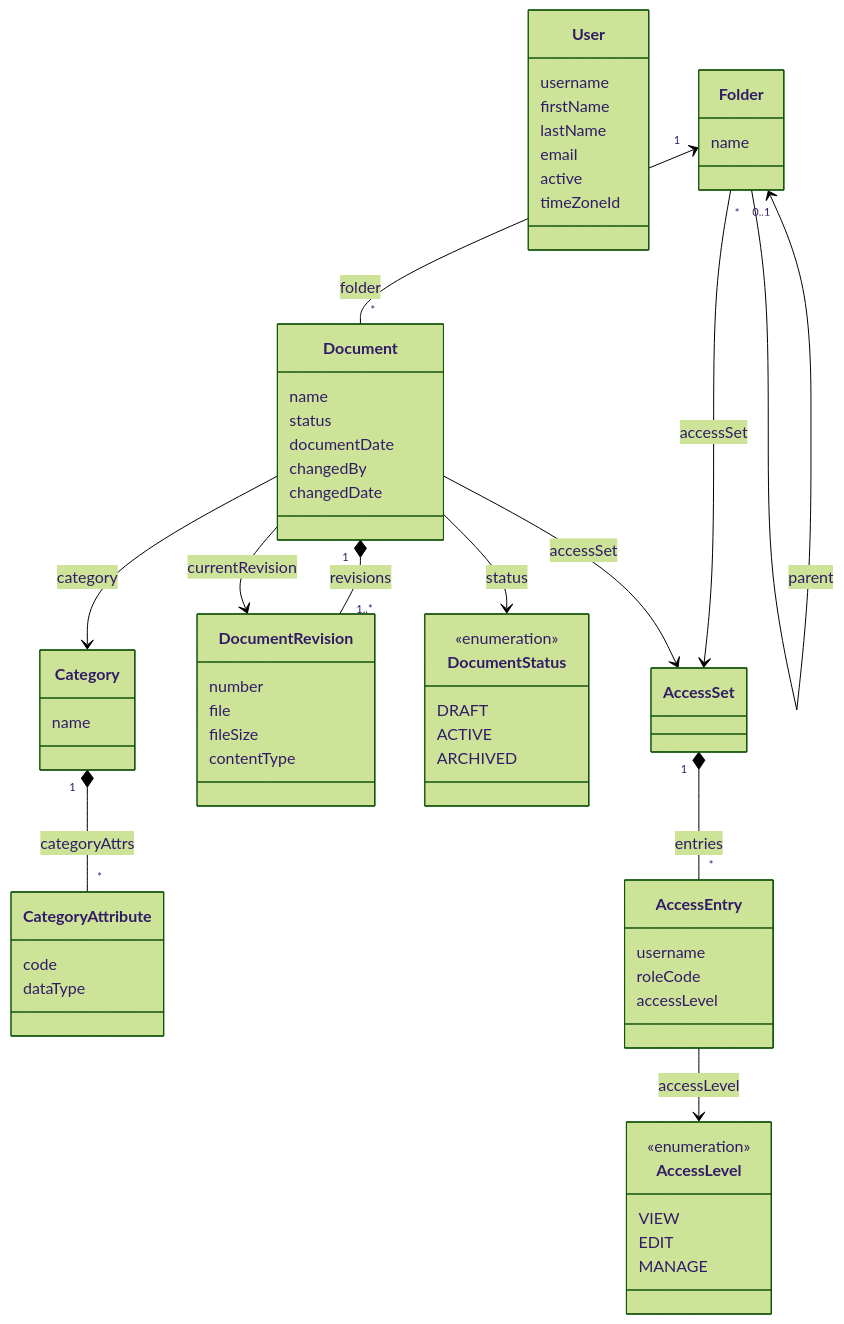
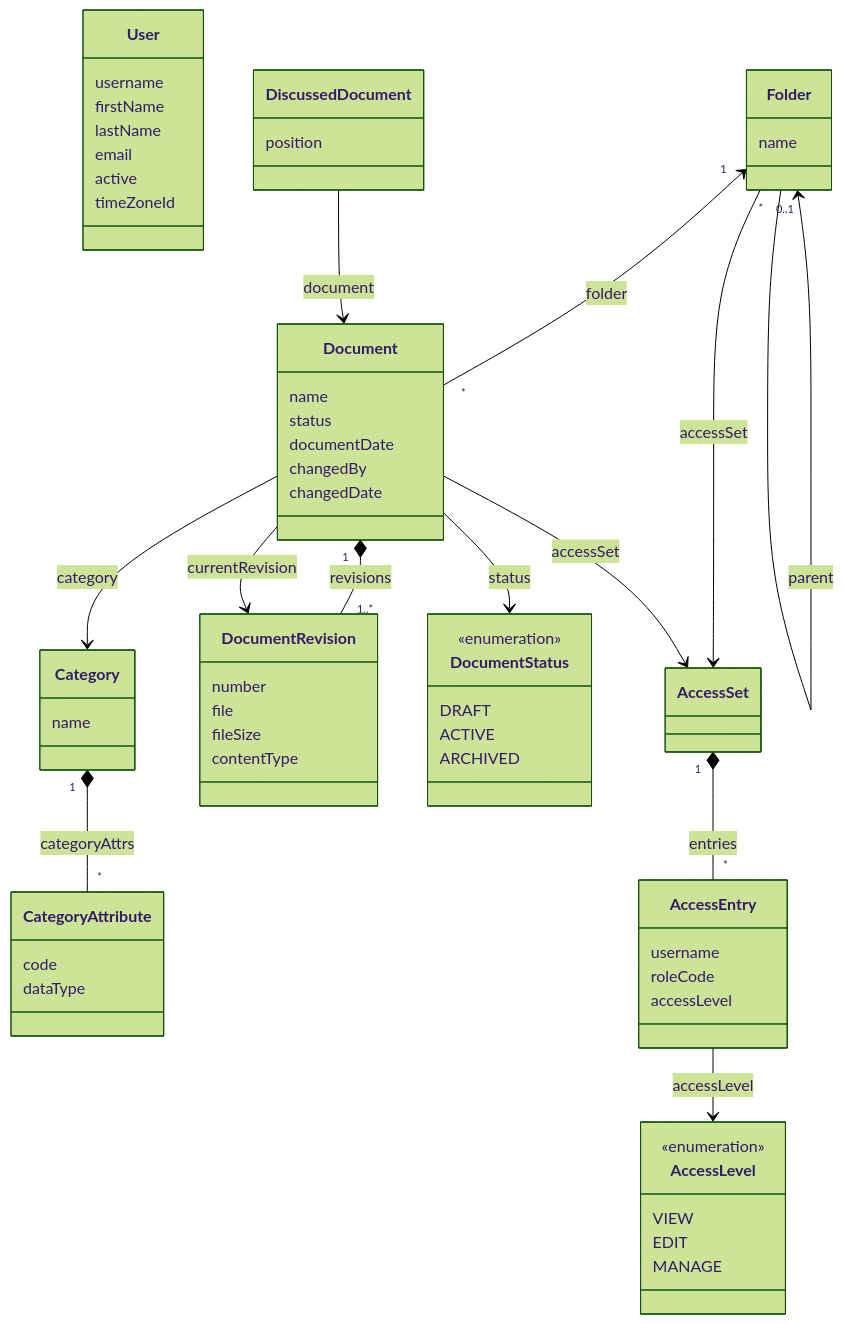
One commit to jmix-framework/jmix-docai changed the diagram in README.md. Above: the diagram before and after it, drawn with Mermaid (forest theme). The commit also changed other lines of this file and 23 other files, not shown here.

````diff
--- a/README.md
+++ b/README.md
@@ -213,63 +215,67 @@
 ```mermaid
 classDiagram
     class User {
         username
         firstName
         lastName
         email
         active
         timeZoneId
     }
     class Folder {
         name
     }
     class Document {
         name
         status
         documentDate
         changedBy
         changedDate
     }
     class Category {
         name
     }
     class CategoryAttribute {
         code
         dataType
     }
     class DocumentRevision {
         number
         file
         fileSize
         contentType
     }
     class DocumentStatus {
         <<enumeration>>
         DRAFT
         ACTIVE
         ARCHIVED
     }
     class AccessSet
     class AccessEntry {
         username
         roleCode
         accessLevel
     }
     class AccessLevel {
         <<enumeration>>
         VIEW
         EDIT
         MANAGE
     }
+    class DiscussedDocument {
+        position
+    }
     Folder "0..1" <-- "*" Folder : parent
     Folder "1" <-- "*" Document : folder
     Document "1" *-- "1..*" DocumentRevision : revisions
     Document --> DocumentRevision : currentRevision
     Document --> DocumentStatus : status
     Folder --> AccessSet : accessSet
     Document --> AccessSet : accessSet
     Document --> Category : category
     Category "1" *-- "*" CategoryAttribute : categoryAttrs
     AccessSet "1" *-- "*" AccessEntry : entries
     AccessEntry --> AccessLevel : accessLevel
+    DiscussedDocument --> Document : document
 ```
````
